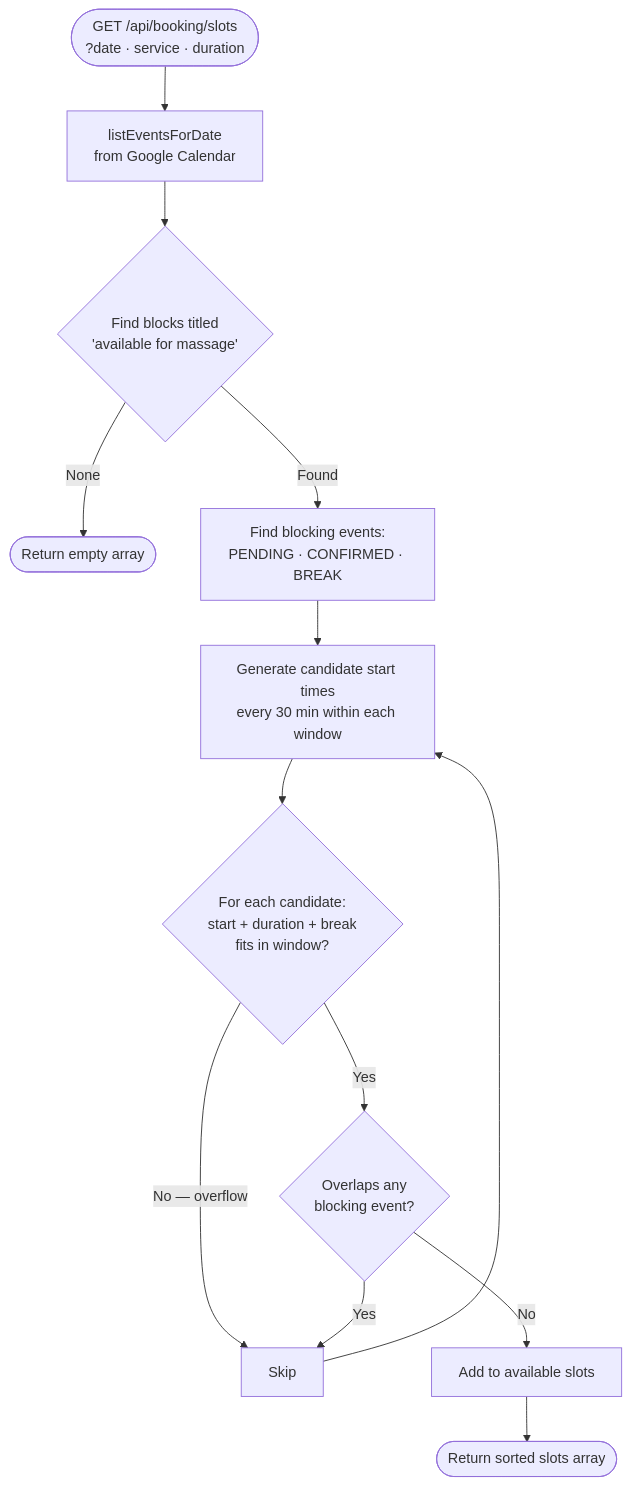
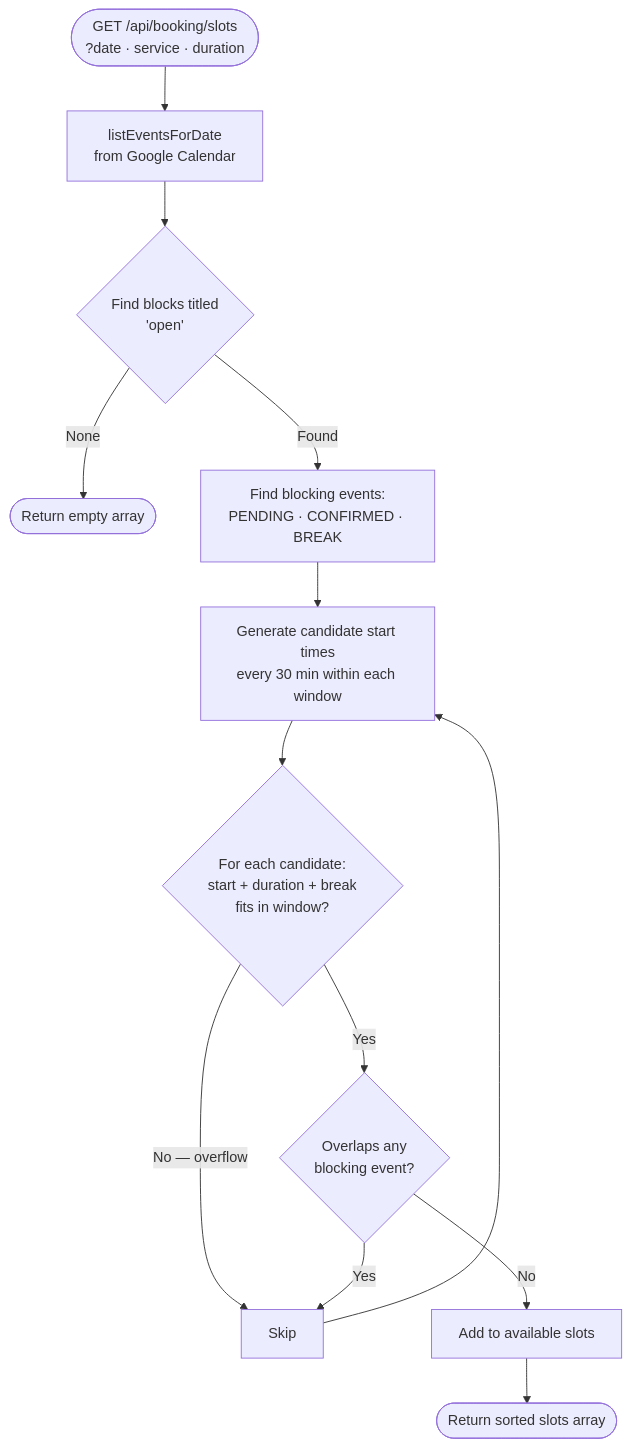
The fifth of 5 diagrams in bookings_plan.md (romaninet/massage-therapy-website), drawn with Mermaid before and after one commit. The commit also changed other lines of this file and 25 other files, not shown here.

````diff
--- a/bookings_plan.md
+++ b/bookings_plan.md
@@ -879,15 +886,15 @@
 ```mermaid
 flowchart TD
     A([GET /api/booking/slots\n?date · service · duration]) --> B[listEventsForDate\nfrom Google Calendar]
-    B --> C{Find blocks titled\n'available for massage'}
+    B --> C{Find blocks titled\n'open'}
     C -->|None| D([Return empty array])
     C -->|Found| E[Find blocking events:\nPENDING · CONFIRMED · BREAK]
     E --> F[Generate candidate start times\nevery 30 min within each window]
     F --> G{For each candidate:\nstart + duration + break\nfits in window?}
     G -->|No — overflow| H[Skip]
     G -->|Yes| I{Overlaps any\nblocking event?}
     I -->|Yes| H
     I -->|No| J[Add to available slots]
     J --> K([Return sorted slots array])
     H --> F
 ```
````
